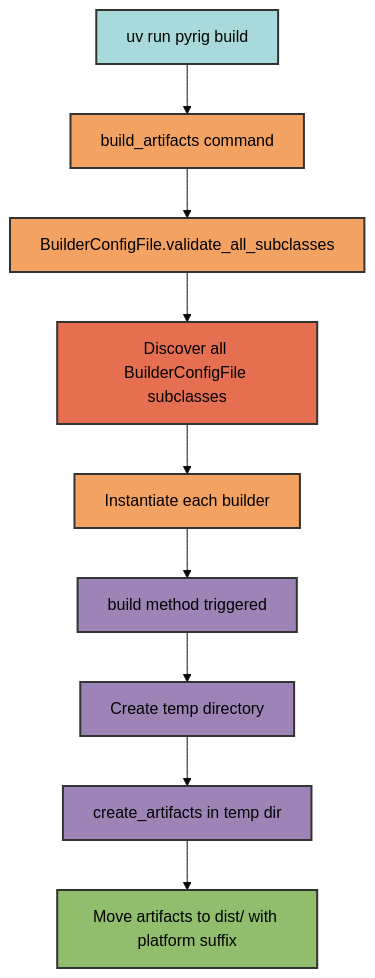
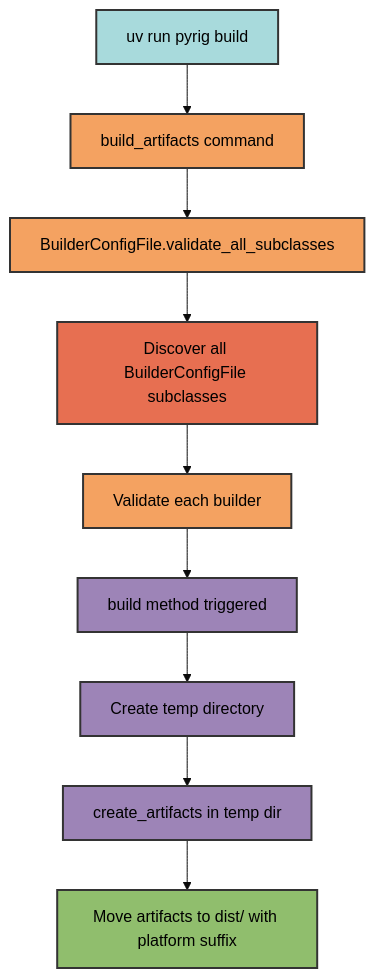
One commit to Winipedia/pyrig changed the first of 2 diagrams in docs/builders/architecture.md. Above: the diagram before and after it, drawn with Mermaid (base theme). The commit also changed other lines of this file and 48 other files, not shown here.

````diff
--- a/docs/builders/architecture.md
+++ b/docs/builders/architecture.md
@@ -9,21 +9,21 @@
 ```mermaid
 graph TD
     A[uv run pyrig build] --> B[build_artifacts command]
     B --> C[BuilderConfigFile.validate_all_subclasses]
     C --> D[Discover all BuilderConfigFile subclasses]
-    D --> E[Instantiate each builder]
+    D --> E[Validate each builder]
     E --> F[build method triggered]
     F --> G[Create temp directory]
     G --> H[create_artifacts in temp dir]
     H --> I[Move artifacts to dist/ with platform suffix]
 
     style A fill:#a8dadc,stroke:#333,stroke-width:2px,color:#000
     style B fill:#f4a261,stroke:#333,stroke-width:2px,color:#000
     style C fill:#f4a261,stroke:#333,stroke-width:2px,color:#000
     style D fill:#e76f51,stroke:#333,stroke-width:2px,color:#000
     style E fill:#f4a261,stroke:#333,stroke-width:2px,color:#000
     style F fill:#9d84b7,stroke:#333,stroke-width:2px,color:#000
     style G fill:#9d84b7,stroke:#333,stroke-width:2px,color:#000
     style H fill:#9d84b7,stroke:#333,stroke-width:2px,color:#000
     style I fill:#90be6d,stroke:#333,stroke-width:2px,color:#000
 ```
````
